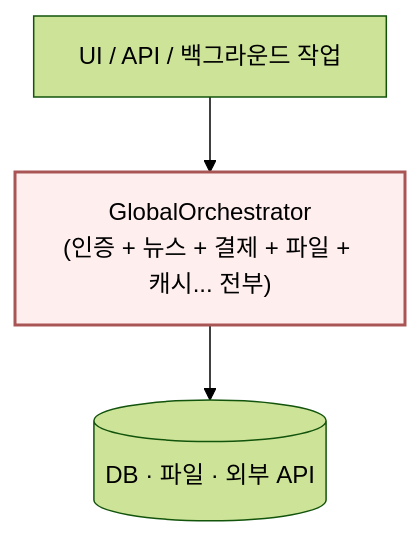
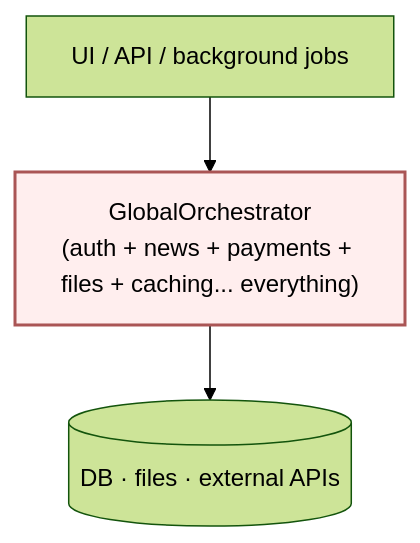
Before and after one commit to produckyou-design/ai-project-structure-standard: the second of 3 diagrams in README.md, drawn with Mermaid (forest theme). The commit also changed other lines of this file and 3 other files, not shown here.

````diff
--- a/README.md
+++ b/README.md
@@ -101,9 +118,9 @@
 ```mermaid
 flowchart TD
-    UI2["UI / API / 백그라운드 작업"]
-    Glob["GlobalOrchestrator<br/>(인증 + 뉴스 + 결제 + 파일 + 캐시... 전부)"]
-    Ext2[("DB · 파일 · 외부 API")]
+    UI2["UI / API / background jobs"]
+    Glob["GlobalOrchestrator<br/>(auth + news + payments + files + caching... everything)"]
+    Ext2[("DB · files · external APIs")]
     UI2 --> Glob --> Ext2
 
     style Glob fill:#fee,stroke:#a55,stroke-width:2px
 ```
````
